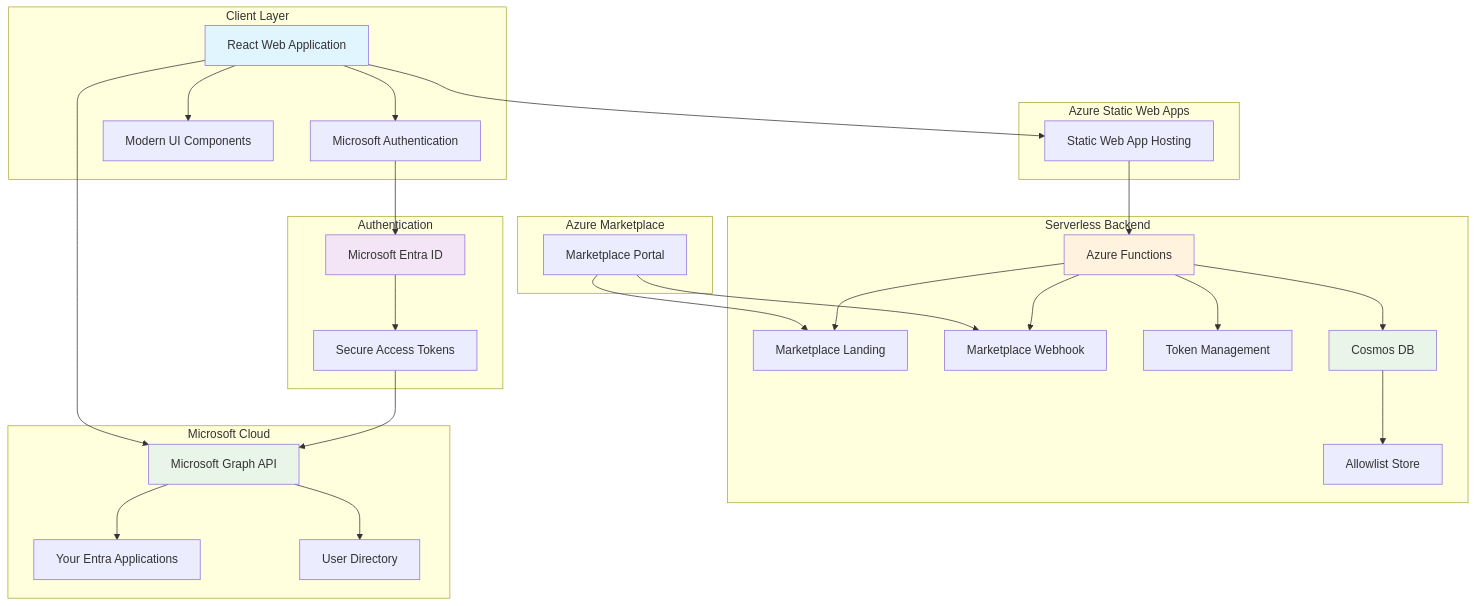
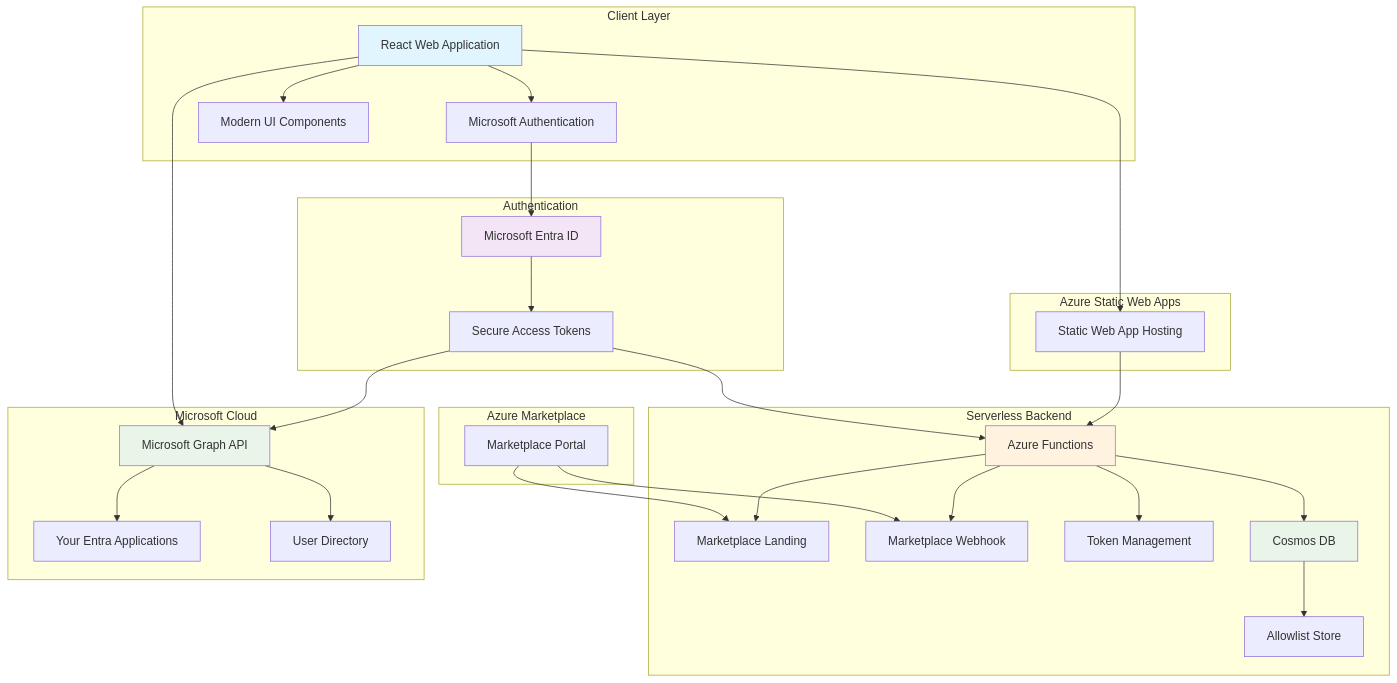
Before and after one commit to AppConfig-Org/AppConfig-Squared: the diagram in Architecture Overview.md, drawn with Mermaid.

Commit message:
Architecture Overview.md

````diff
--- a/Architecture Overview.md
+++ b/Architecture Overview.md
@@ -7,44 +7,45 @@
 ```mermaid
 graph TB
     subgraph "Client Layer"
         A[React Web Application] --> B[Microsoft Authentication]
         A --> C[Modern UI Components]
     end
     
     subgraph "Azure Static Web Apps"
         A --> D[Static Web App Hosting]
     end
     
     subgraph "Authentication"
         B --> E[Microsoft Entra ID]
         E --> F[Secure Access Tokens]
     end
     
     subgraph "Serverless Backend"
         G[Azure Functions] --> H[Marketplace Landing]
         G --> I[Marketplace Webhook]
         G --> J[Token Management]
         K[Cosmos DB] --> L[Allowlist Store]
         G --> K
     end
     
     subgraph "Microsoft Cloud"
-        F --> M[Microsoft Graph API]
-        M --> N[Your Entra Applications]
+        M[Microsoft Graph API] --> N[Your Entra Applications]
         M --> O[User Directory]
     end
     
     subgraph "Azure Marketplace"
         P[Marketplace Portal] --> H
         P --> I
     end
     
     D --> G
+    F --> M
+    F --> G
     A --> M
     
     style A fill:#e1f5fe
     style E fill:#f3e5f5
     style M fill:#e8f5e8
     style G fill:#fff3e0
     style K fill:#e8f5e8
 ```
````
